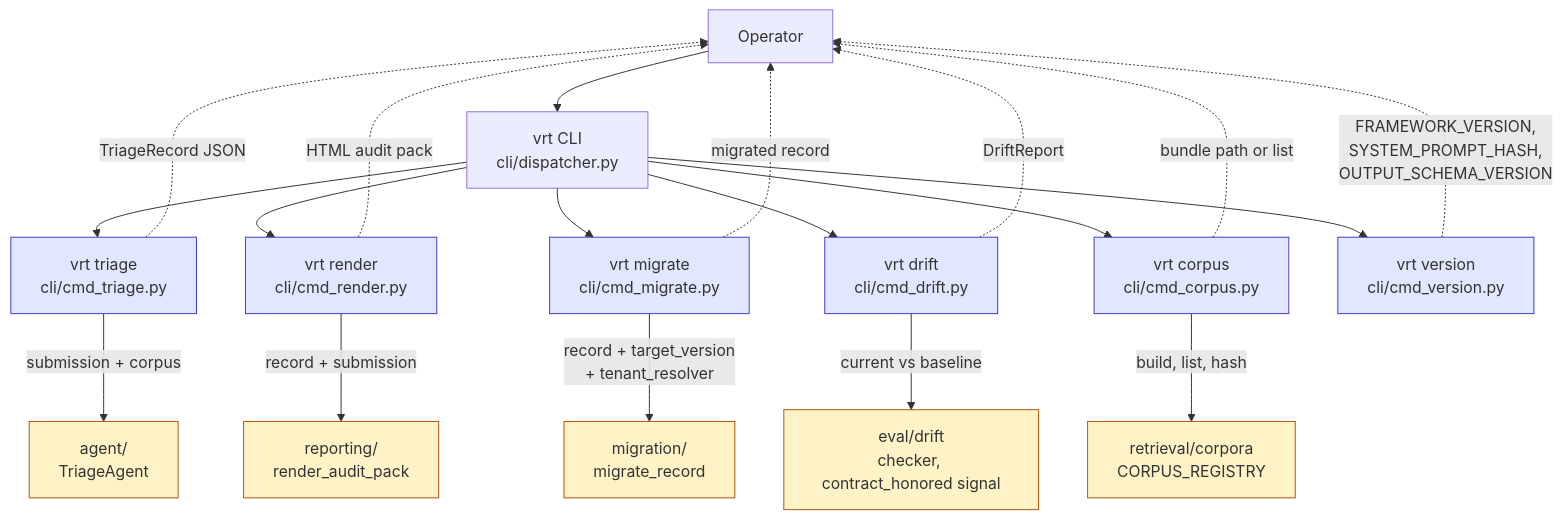
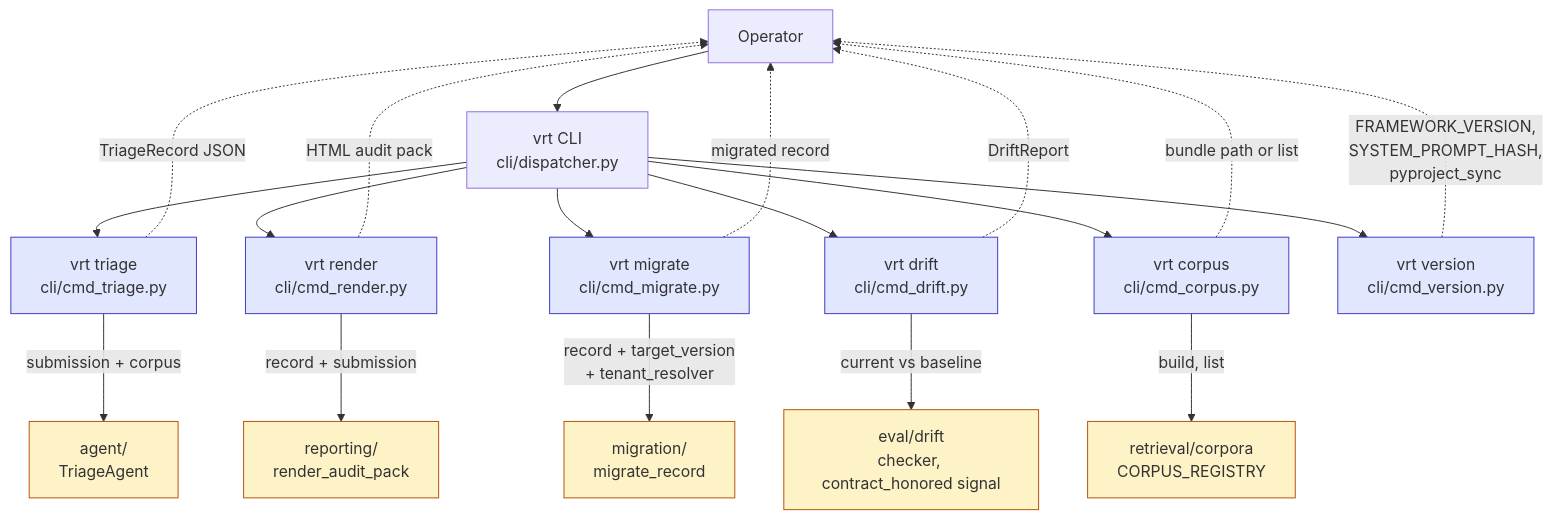
One commit to sitkastack/vendor-risk-triage changed the fifth of 7 diagrams in docs/system-architecture.md. Above: the diagram before and after it, drawn with Mermaid. The commit also changed other lines of this file and 2 other files, not shown here.

First line of the commit message:
docs(diagrams): fix all 16 findings from 6-persona review

````diff
--- a/docs/system-architecture.md
+++ b/docs/system-architecture.md
@@ -218,31 +253,31 @@
 ```mermaid
 flowchart TB
     classDef cmd fill:#e0e7ff,stroke:#4338ca
     classDef package fill:#fef3c7,stroke:#b45309
 
     User[Operator] --> VRT[vrt CLI<br/>cli/dispatcher.py]
 
     VRT --> TRI[vrt triage<br/>cli/cmd_triage.py]:::cmd
     VRT --> REN[vrt render<br/>cli/cmd_render.py]:::cmd
     VRT --> MIG[vrt migrate<br/>cli/cmd_migrate.py]:::cmd
     VRT --> DRI[vrt drift<br/>cli/cmd_drift.py]:::cmd
     VRT --> COR[vrt corpus<br/>cli/cmd_corpus.py]:::cmd
     VRT --> VER[vrt version<br/>cli/cmd_version.py]:::cmd
 
     TRI -->|submission + corpus| Agent[agent/<br/>TriageAgent]:::package
     TRI -.->|TriageRecord JSON| User
 
     REN -->|record + submission| Reporting[reporting/<br/>render_audit_pack]:::package
     REN -.->|HTML audit pack| User
 
     MIG -->|record + target_version<br/>+ tenant_resolver| Migration[migration/<br/>migrate_record]:::package
     MIG -.->|migrated record| User
 
     DRI -->|current vs baseline| EvalDrift[eval/drift<br/>checker, contract_honored signal]:::package
     DRI -.->|DriftReport| User
 
-    COR -->|build, list, hash| RetrievalCorpora[retrieval/corpora<br/>CORPUS_REGISTRY]:::package
+    COR -->|build, list| RetrievalCorpora[retrieval/corpora<br/>CORPUS_REGISTRY]:::package
     COR -.->|bundle path or list| User
 
-    VER -.->|FRAMEWORK_VERSION,<br/>SYSTEM_PROMPT_HASH,<br/>OUTPUT_SCHEMA_VERSION| User
+    VER -.->|FRAMEWORK_VERSION,<br/>SYSTEM_PROMPT_HASH,<br/>pyproject_sync| User
 ```
````
